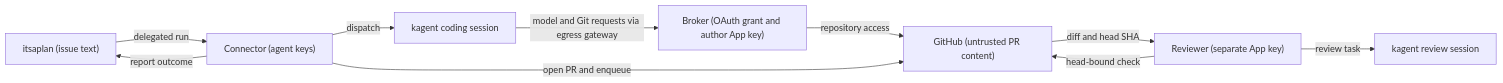
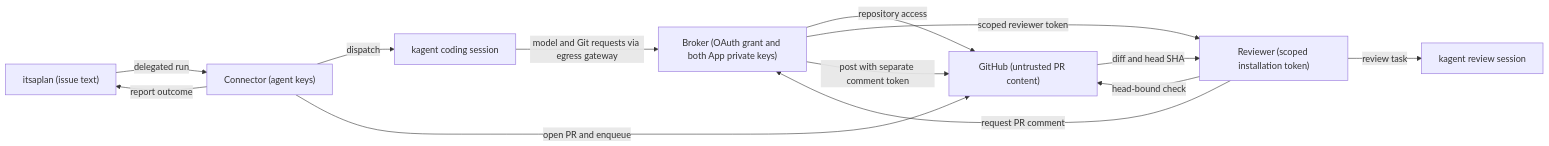
The first of 2 diagrams in projects/factory/ARCHITECTURE.md (jomcgi-org/homelab), drawn with Mermaid before and after one commit. The commit also changed other lines of this file, not shown here.

First line of the commit message:
Correct broker credential ownership and restore operator procedures

````diff
--- a/projects/factory/ARCHITECTURE.md
+++ b/projects/factory/ARCHITECTURE.md
@@ -5,12 +5,15 @@
 ```mermaid
 flowchart LR
   plan["itsaplan (issue text)"] -->|delegated run| connector["Connector (agent keys)"]
   connector -->|dispatch| kagent["kagent coding session"]
-  kagent -->|model and Git requests via egress gateway| broker["Broker (OAuth grant and author App key)"]
+  kagent -->|model and Git requests via egress gateway| broker["Broker (OAuth grant and both App private keys)"]
   broker -->|repository access| github["GitHub (untrusted PR content)"]
   connector -->|open PR and enqueue| github
-  github -->|diff and head SHA| reviewer["Reviewer (separate App key)"]
+  github -->|diff and head SHA| reviewer["Reviewer (scoped installation token)"]
+  broker -->|scoped reviewer token| reviewer
+  reviewer -->|request PR comment| broker
+  broker -->|post with separate comment token| github
   reviewer -->|review task| reviewAgent["kagent review session"]
   reviewer -->|head-bound check| github
   connector -->|report outcome| plan
 ```
````
